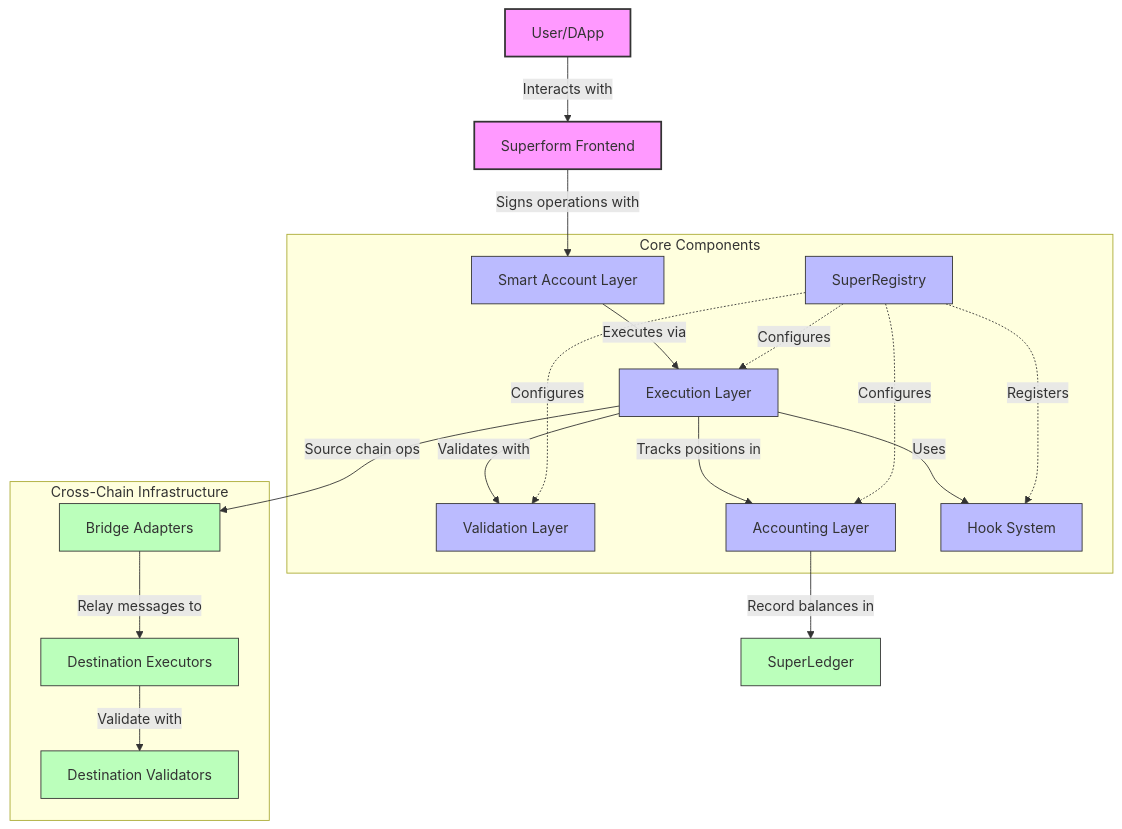
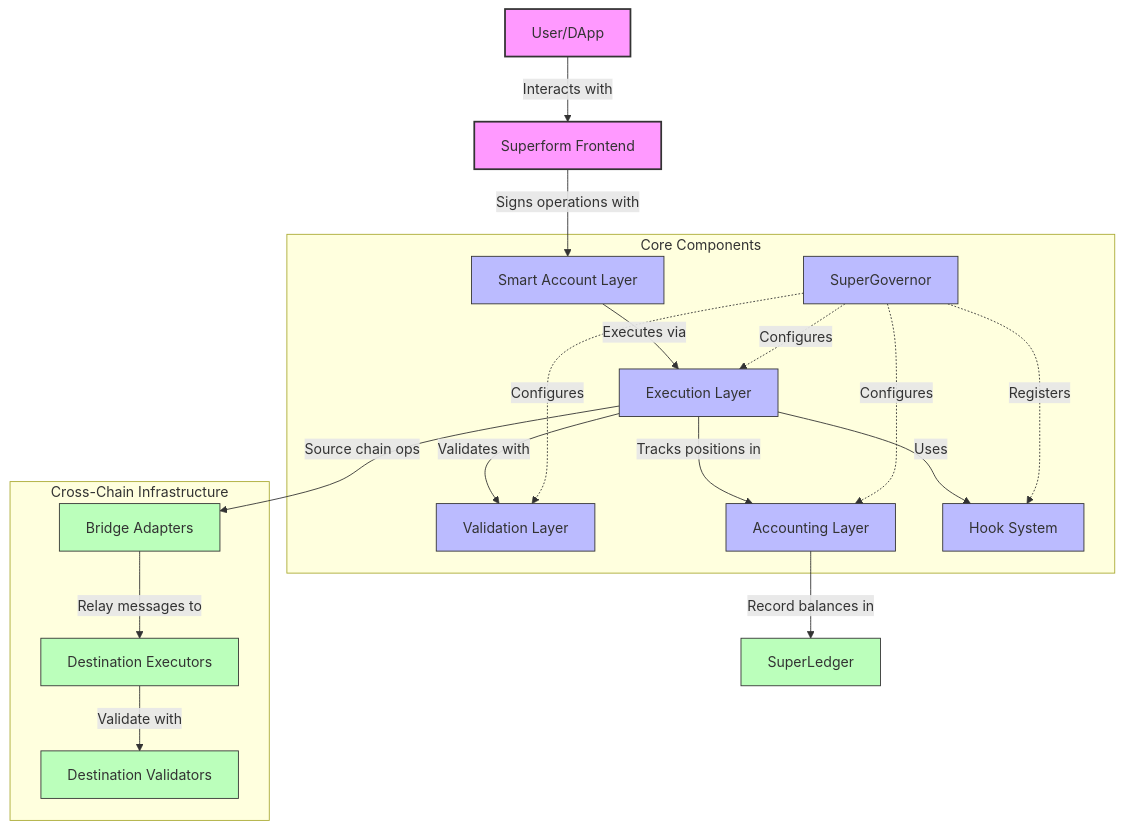
One commit to superform-xyz/v2-core changed the first of 3 diagrams in README.md. Above: the diagram before and after it, drawn with Mermaid. The commit also changed other lines of this file, not shown here.

````diff
--- a/README.md
+++ b/README.md
@@ -33,33 +33,33 @@
 ```mermaid
 graph TD
     User[User/DApp] -->|Interacts with| Frontend[Superform Frontend]
     Frontend -->|Signs operations with| SmartAccount[Smart Account Layer]
     
     subgraph "Core Components"
         SmartAccount -->|Executes via| Executors[Execution Layer]
         Executors -->|Validates with| Validators[Validation Layer]
         Executors -->|Tracks positions in| Accounting[Accounting Layer]
         Executors -->|Uses| Hooks[Hook System]
         
-        Registry[SuperRegistry] -.->|Configures| Executors
+        Registry[SuperGovernor] -.->|Configures| Executors
         Registry -.->|Configures| Validators
         Registry -.->|Configures| Accounting
         Registry -.->|Registers| Hooks
     end
     
     subgraph "Cross-Chain Infrastructure"
         Executors -->|Source chain ops| Bridges[Bridge Adapters]
         Bridges -->|Relay messages to| DestExecutors[Destination Executors]
         DestExecutors -->|Validate with| DestValidators[Destination Validators]
     end
     
     Accounting -->|Record balances in| Ledgers[SuperLedger]
 
     classDef userFacing fill:#f9f,stroke:#333,stroke-width:2px;
     classDef core fill:#bbf,stroke:#333,stroke-width:1px;
     classDef infra fill:#bfb,stroke:#333,stroke-width:1px;
     
     class User,Frontend userFacing;
     class SmartAccount,Executors,Validators,Accounting,Hooks,Registry core;
     class Bridges,DestExecutors,DestValidators,Ledgers infra;
 ```
````
